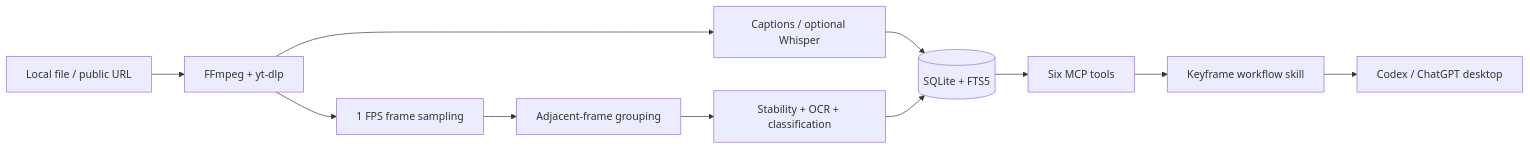
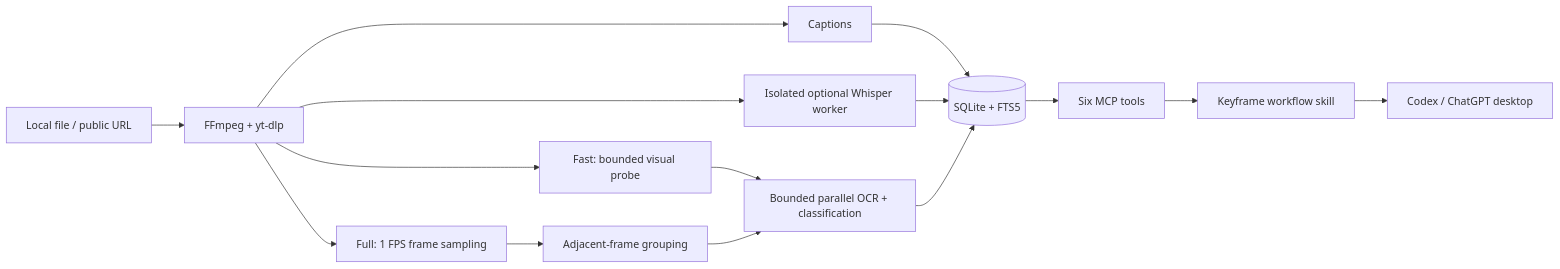
One commit to MatthewOscar/Keyframe changed the diagram in README.md. Above: the diagram before and after it, drawn with Mermaid. The commit also changed other lines of this file and 21 other files, not shown here.

Commit message:
Add bounded visual probe ingestion

````diff
--- a/README.md
+++ b/README.md
@@ -159,13 +166,17 @@
 ```mermaid
 flowchart LR
     A[Local file / public URL] --> B[FFmpeg + yt-dlp]
-    B --> C[Captions / optional Whisper]
-    B --> D[1 FPS frame sampling]
+    B --> C[Captions]
+    B --> W[Isolated optional Whisper worker]
+    B --> P[Fast: bounded visual probe]
+    B --> D[Full: 1 FPS frame sampling]
     D --> E[Adjacent-frame grouping]
-    E --> F[Stability + OCR + classification]
+    P --> F[Bounded parallel OCR + classification]
+    E --> F[Bounded parallel OCR + classification]
     C --> G[(SQLite + FTS5)]
+    W --> G
     F --> G
     G --> H[Six MCP tools]
     H --> I[Keyframe workflow skill]
     I --> J[Codex / ChatGPT desktop]
 ```
````
